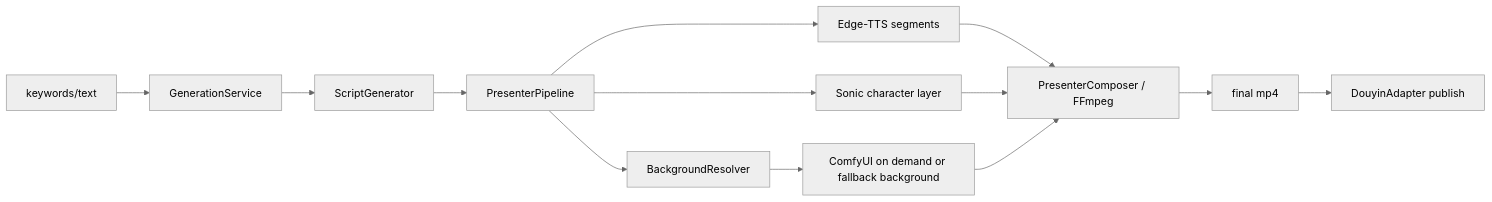
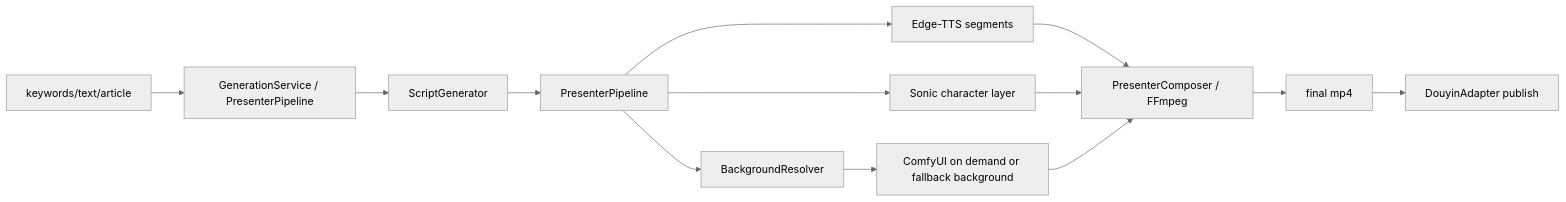
The second of 2 diagrams in docs/SYSTEM_ARCHITECTURE.md (chahax/ai_douyin), drawn with Mermaid (neutral theme) before and after one commit. The commit also changed other lines of this file and 13 other files, not shown here.

````diff
--- a/docs/SYSTEM_ARCHITECTURE.md
+++ b/docs/SYSTEM_ARCHITECTURE.md
@@ -74,15 +114,15 @@
 ```mermaid
 flowchart LR
-    A["keywords/text"] --> B["GenerationService"]
+    A["keywords/text/article"] --> B["GenerationService / PresenterPipeline"]
     B --> C["ScriptGenerator"]
     C --> D["PresenterPipeline"]
     D --> E["Edge-TTS segments"]
     D --> F["Sonic character layer"]
     D --> G["BackgroundResolver"]
     G --> H["ComfyUI on demand or fallback background"]
     E --> I["PresenterComposer / FFmpeg"]
     F --> I
     H --> I
     I --> J["final mp4"]
     J --> K["DouyinAdapter publish"]
 ```
````
